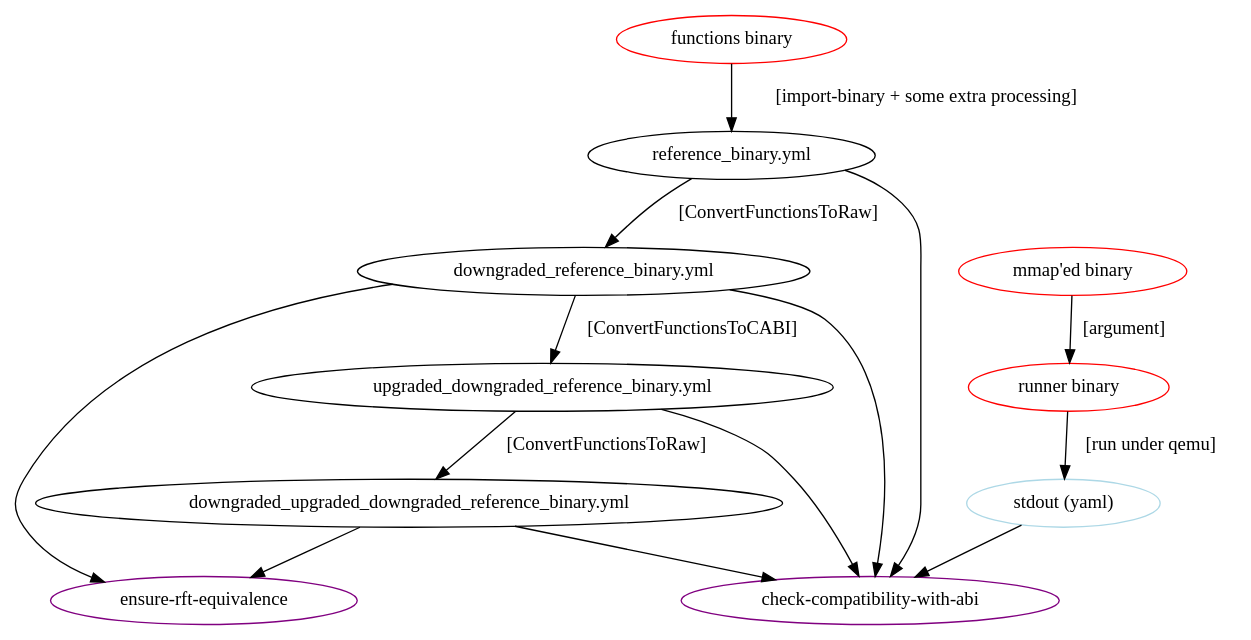
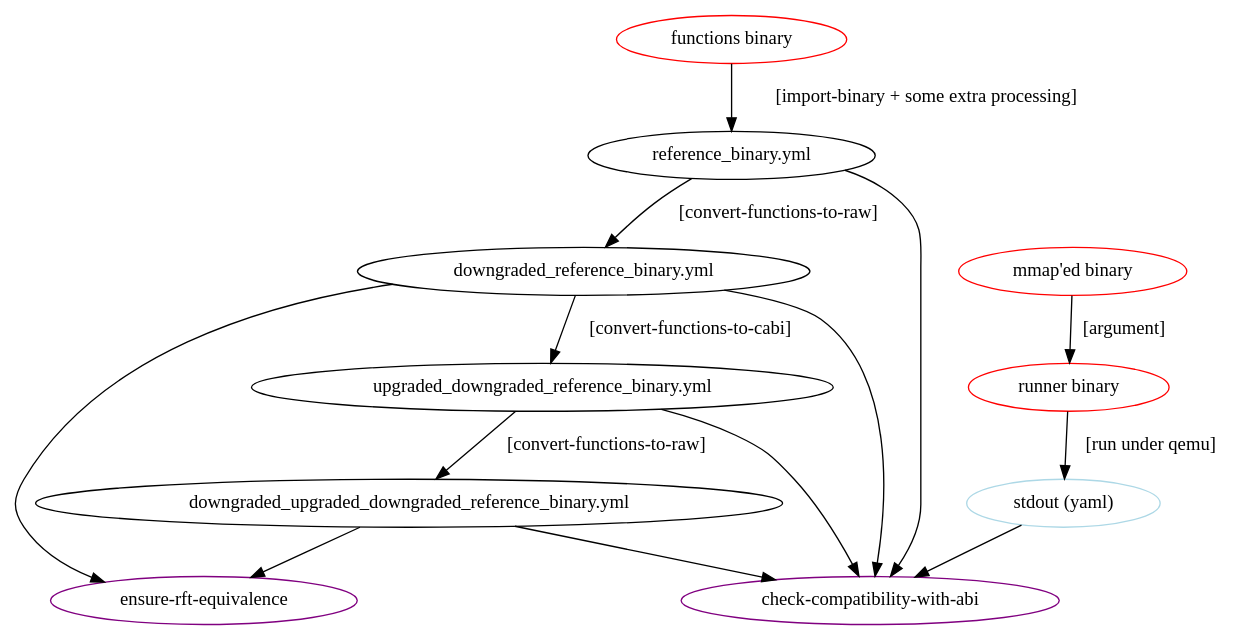
One commit to revng/revng changed the second of 2 diagrams in share/revng/test/tests/abi/README.md. Above: the diagram before and after it, drawn with Graphviz. The commit also changed other lines of this file and 51 other files, not shown here.

````diff
--- a/share/revng/test/tests/abi/README.md
+++ b/share/revng/test/tests/abi/README.md
@@ -56,28 +56,28 @@
 ```graphviz
 strict digraph {
     "functions binary" [color=red]
     "mmap'ed binary" [color=red]
     "runner binary" [color=red]
 
     "functions binary" -> "reference_binary.yml" [label="[import-binary + some extra processing]"]
-    "reference_binary.yml" -> "downgraded_reference_binary.yml" [label="[ConvertFunctionsToRaw]"]
-    "downgraded_reference_binary.yml" -> "upgraded_downgraded_reference_binary.yml" [label="[ConvertFunctionsToCABI]"]
-    "upgraded_downgraded_reference_binary.yml" -> "downgraded_upgraded_downgraded_reference_binary.yml" [label="[ConvertFunctionsToRaw]"]
+    "reference_binary.yml" -> "downgraded_reference_binary.yml" [label="[convert-functions-to-raw]"]
+    "downgraded_reference_binary.yml" -> "upgraded_downgraded_reference_binary.yml" [label="[convert-functions-to-cabi]"]
+    "upgraded_downgraded_reference_binary.yml" -> "downgraded_upgraded_downgraded_reference_binary.yml" [label="[convert-functions-to-raw]"]
 
     "runner binary" -> "stdout (yaml)" [label="[run under qemu]"]
     "mmap'ed binary" -> "runner binary" [label="[argument]"]
 
     "check-compatibility-with-abi" [color=purple]
     "reference_binary.yml" -> "check-compatibility-with-abi"
     "downgraded_reference_binary.yml" -> "check-compatibility-with-abi"
     "upgraded_downgraded_reference_binary.yml" -> "check-compatibility-with-abi"
     "downgraded_upgraded_downgraded_reference_binary.yml" -> "check-compatibility-with-abi"
     "stdout (yaml)" -> "check-compatibility-with-abi"
 
     "ensure-rft-equivalence" [color=purple]
     "downgraded_reference_binary.yml" -> "ensure-rft-equivalence"
     "downgraded_upgraded_downgraded_reference_binary.yml" -> "ensure-rft-equivalence"
 
     "stdout (yaml)" [color=lightblue]
 }
 ```
````
